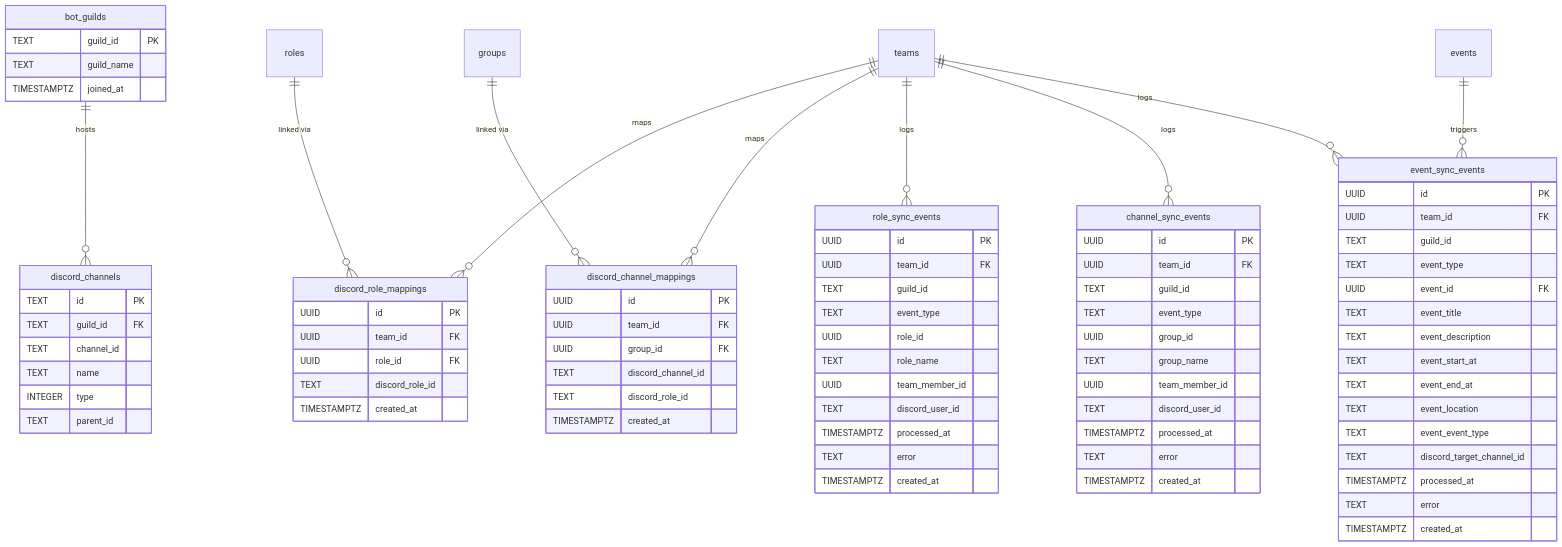
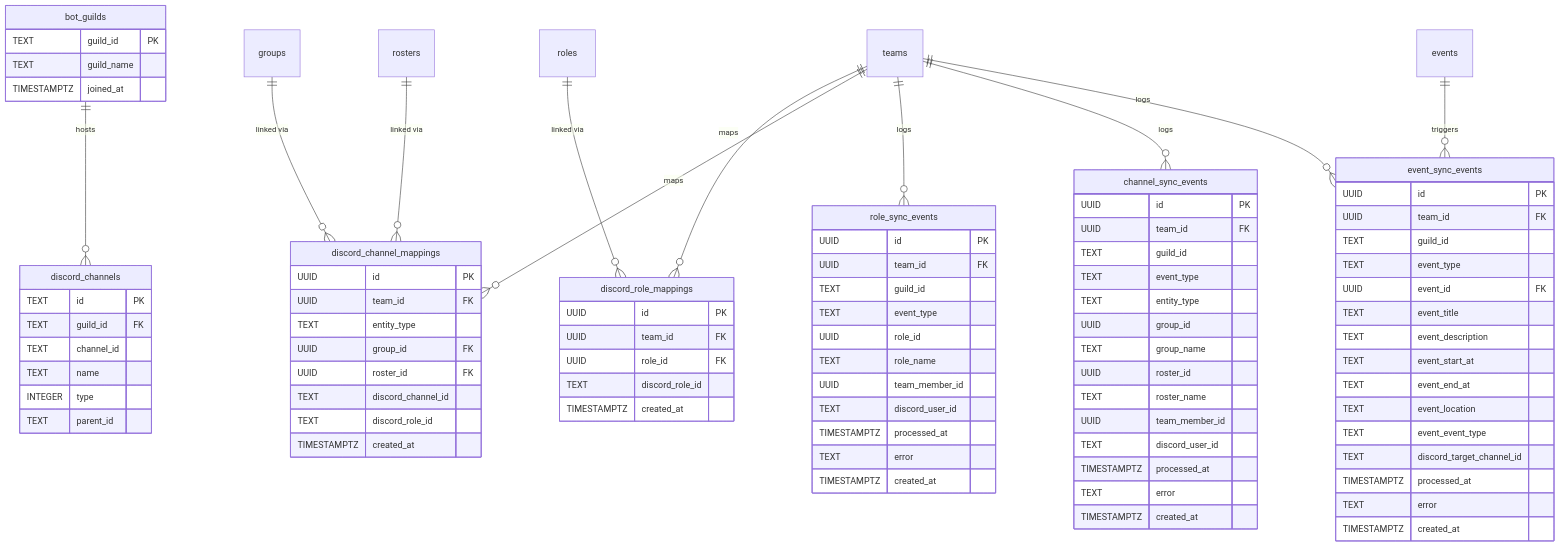
The eighth of 12 diagrams in docs/thesis/er-diagram.md (maxa-ondrej/sideline), drawn with Mermaid before and after one commit. The commit also changed other lines of this file and 56 other files, not shown here.

First line of the commit message:
Add discord channel linking to rosters (#146)

````diff
--- a/docs/thesis/er-diagram.md
+++ b/docs/thesis/er-diagram.md
@@ -425,7 +427,9 @@
     discord_channel_mappings {
         UUID id PK
         UUID team_id FK
+        TEXT entity_type
         UUID group_id FK
+        UUID roster_id FK
         TEXT discord_channel_id
         TEXT discord_role_id
         TIMESTAMPTZ created_at
@@ -450,8 +454,11 @@
         UUID team_id FK
         TEXT guild_id
         TEXT event_type
+        TEXT entity_type
         UUID group_id
         TEXT group_name
+        UUID roster_id
+        TEXT roster_name
         UUID team_member_id
         TEXT discord_user_id
         TIMESTAMPTZ processed_at
@@ -485,5 +492,6 @@
     teams ||--o{ event_sync_events : "logs"
     roles ||--o{ discord_role_mappings : "linked via"
     groups ||--o{ discord_channel_mappings : "linked via"
+    rosters ||--o{ discord_channel_mappings : "linked via"
     events ||--o{ event_sync_events : "triggers"
 ```
````
